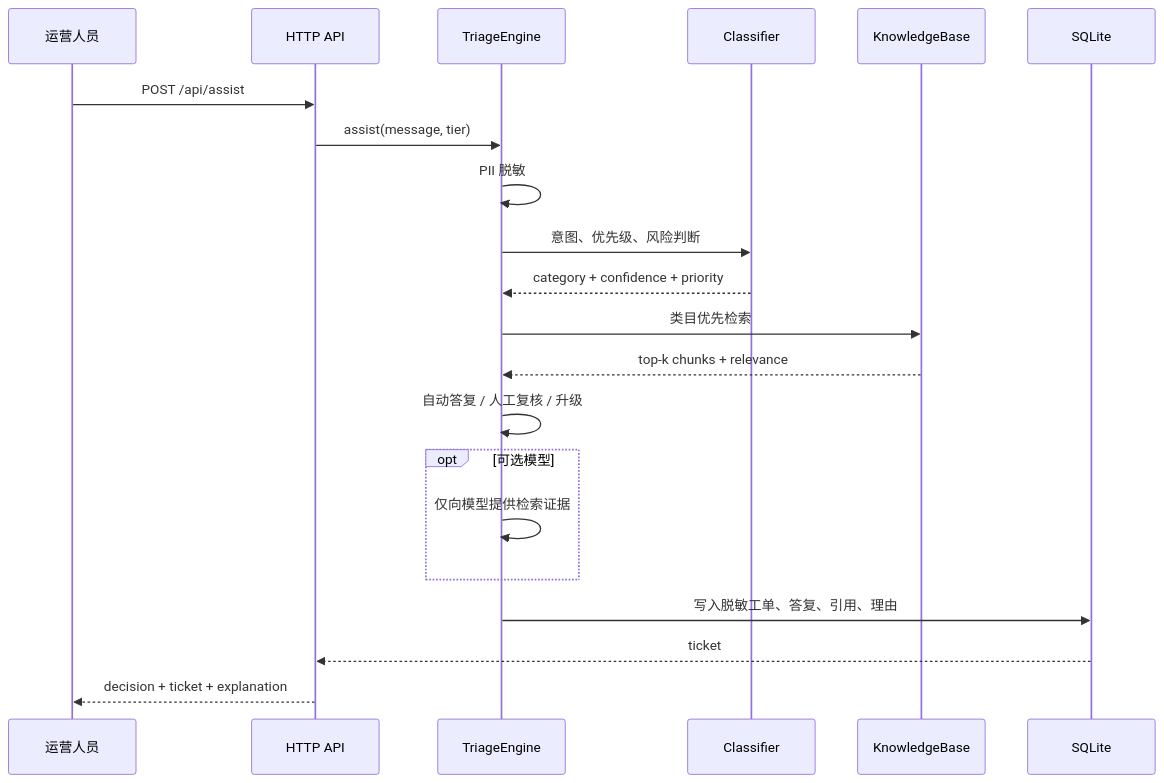
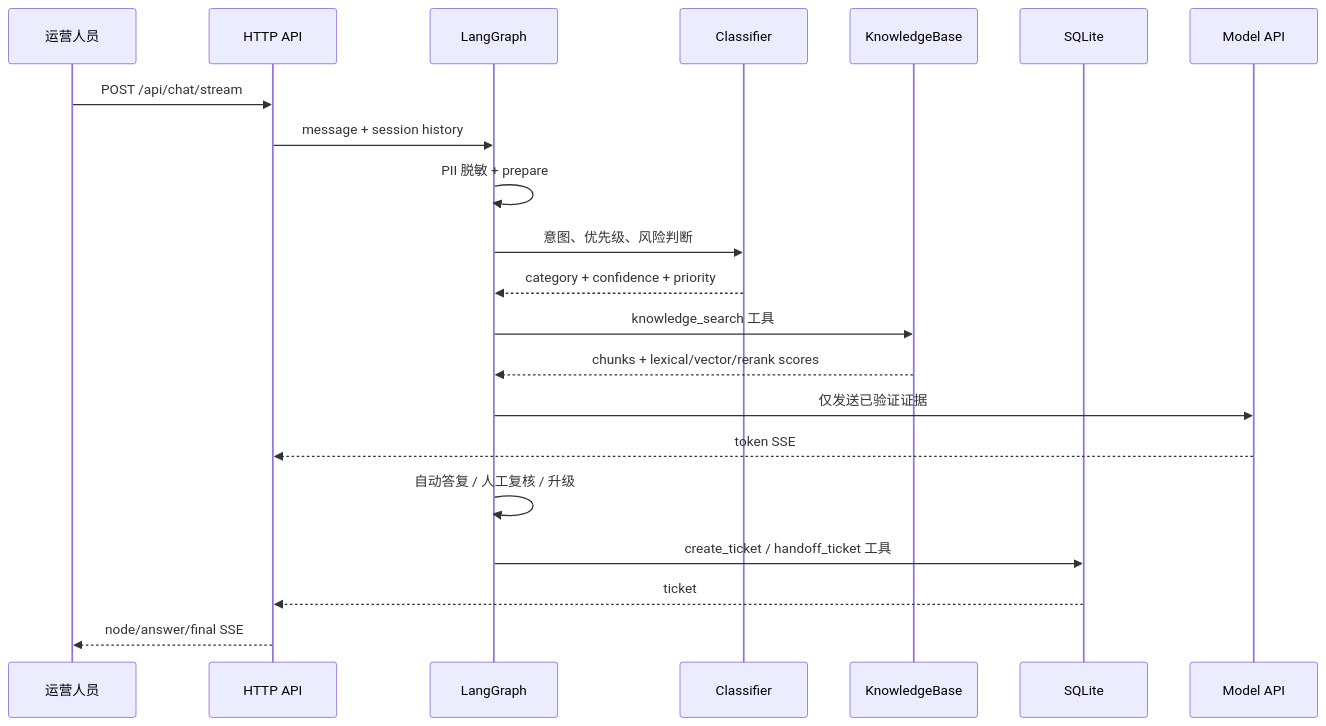
Before and after one commit to gthb-111/enterprise-ticket-assistant: the diagram in docs/architecture.md, drawn with Mermaid. The commit also changed other lines of this file and 24 other files, not shown here.

````diff
--- a/docs/architecture.md
+++ b/docs/architecture.md
@@ -30,24 +35,24 @@
 ```mermaid
 sequenceDiagram
     participant U as 运营人员
     participant A as HTTP API
-    participant E as TriageEngine
+    participant E as LangGraph
     participant C as Classifier
     participant K as KnowledgeBase
     participant S as SQLite
+    participant M as Model API
 
-    U->>A: POST /api/assist
-    A->>E: assist(message, tier)
-    E->>E: PII 脱敏
+    U->>A: POST /api/chat/stream
+    A->>E: message + session history
+    E->>E: PII 脱敏 + prepare
     E->>C: 意图、优先级、风险判断
     C-->>E: category + confidence + priority
-    E->>K: 类目优先检索
-    K-->>E: top-k chunks + relevance
+    E->>K: knowledge_search 工具
+    K-->>E: chunks + lexical/vector/rerank scores
+    E->>M: 仅发送已验证证据
+    M-->>A: token SSE
     E->>E: 自动答复 / 人工复核 / 升级
-    opt 可选模型
-        E->>E: 仅向模型提供检索证据
-    end
-    E->>S: 写入脱敏工单、答复、引用、理由
+    E->>S: create_ticket / handoff_ticket 工具
     S-->>A: ticket
-    A-->>U: decision + ticket + explanation
+    A-->>U: node/answer/final SSE
 ```
````
